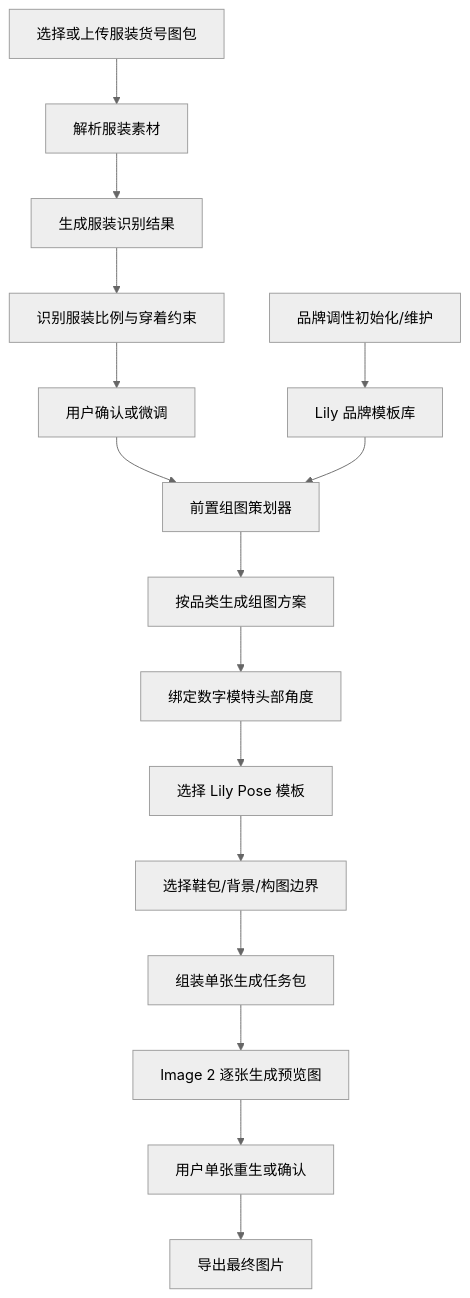
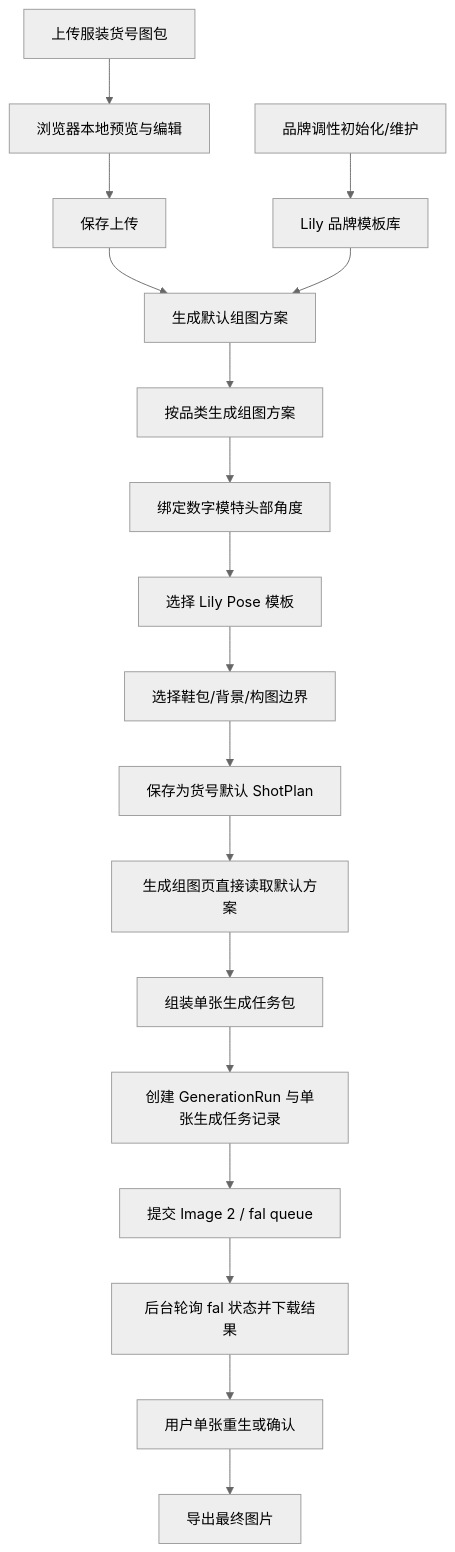
One commit to happyvchen/ruyi-dream changed the diagram in design/01_generation_flow/generation_flow.md. Above: the diagram before and after it, drawn with Mermaid (neutral theme). The commit also changed other lines of this file and 32 other files, not shown here.

````diff
--- a/design/01_generation_flow/generation_flow.md
+++ b/design/01_generation_flow/generation_flow.md
@@ -5,18 +5,20 @@
 ```mermaid
 flowchart TD
   A0["品牌调性初始化/维护"] --> A1["Lily 品牌模板库"]
-  A["选择或上传服装货号图包"] --> B["解析服装素材"]
-  B --> C["生成服装识别结果"]
-  C --> C1["识别服装比例与穿着约束"]
-  C1 --> D["用户确认或微调"]
-  D --> E["前置组图策划器"]
+  A["上传服装货号图包"] --> A2["浏览器本地预览与编辑"]
+  A2 --> A3["保存上传"]
+  A3 --> E["生成默认组图方案"]
   A1 --> E
   E --> E1["按品类生成组图方案"]
   E1 --> E2["绑定数字模特头部角度"]
   E2 --> E3["选择 Lily Pose 模板"]
   E3 --> E4["选择鞋包/背景/构图边界"]
-  E4 --> F["组装单张生成任务包"]
-  F --> G["Image 2 逐张生成预览图"]
-  G --> H["用户单张重生或确认"]
+  E4 --> E5["保存为货号默认 ShotPlan"]
+  E5 --> F["生成组图页直接读取默认方案"]
+  F --> F1["组装单张生成任务包"]
+  F1 --> G0["创建 GenerationRun 与单张生成任务记录"]
+  G0 --> G1["提交 Image 2 / fal queue"]
+  G1 --> G2["后台轮询 fal 状态并下载结果"]
+  G2 --> H["用户单张重生或确认"]
   H --> I["导出最终图片"]
 ```
````
